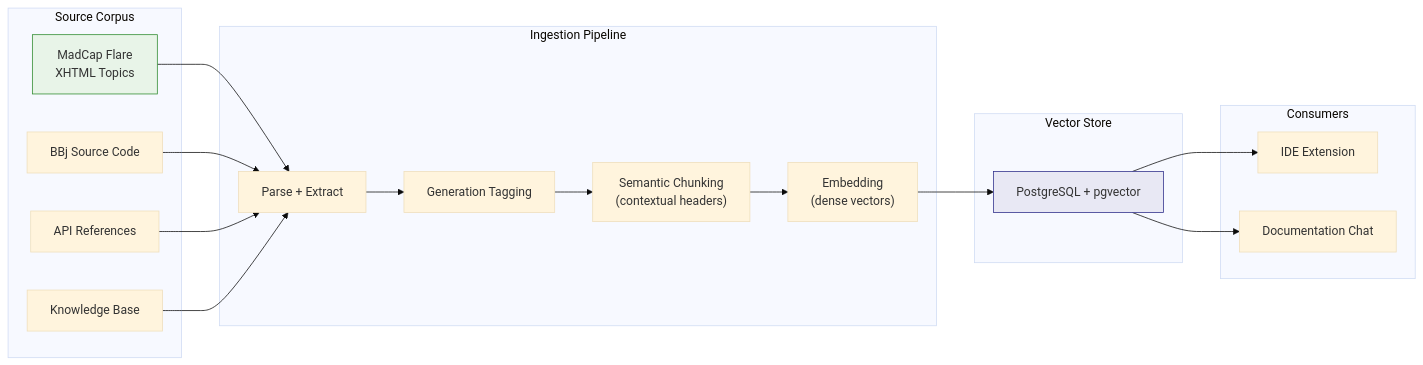
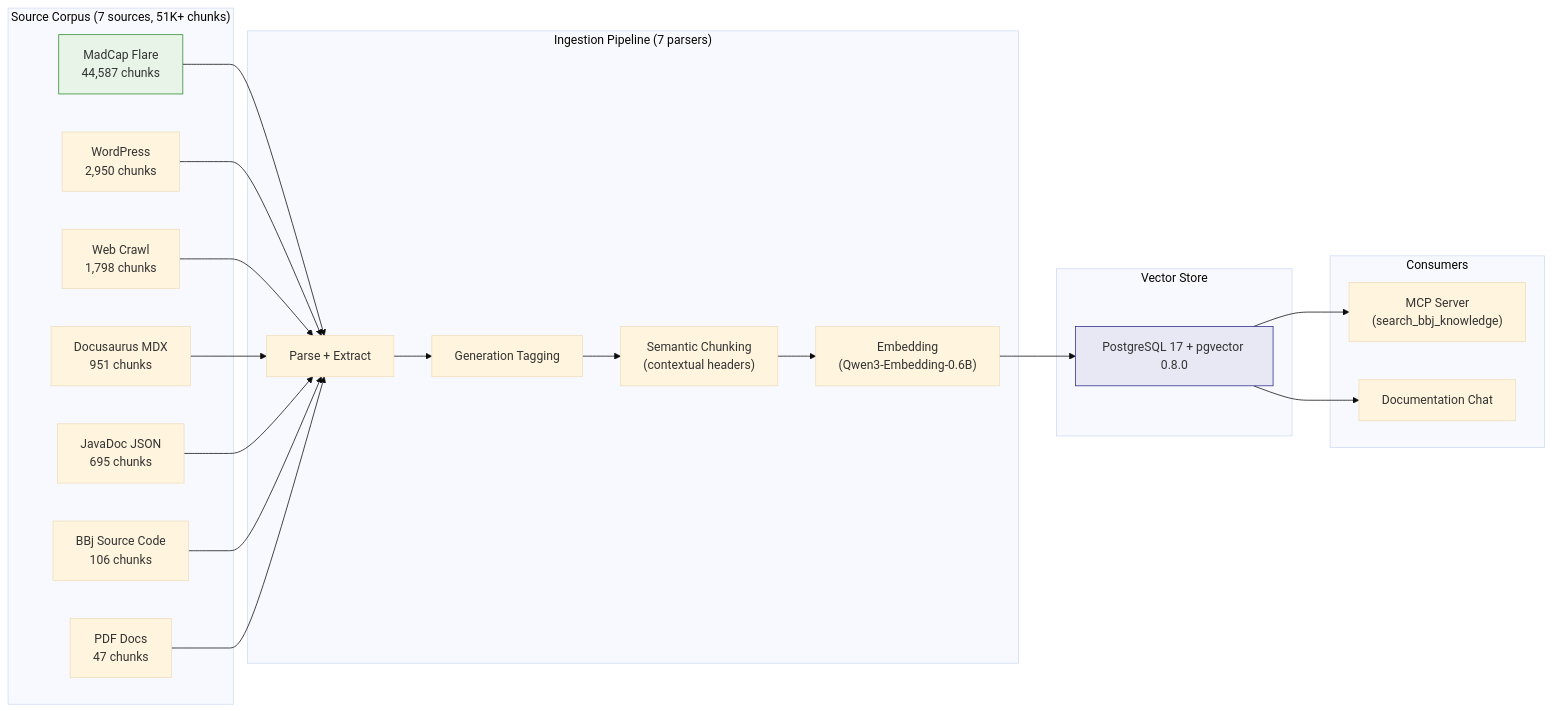
One commit to StephanWald/bbj-ai-strategy changed the diagram in docs/06-rag-database/index.md. Above: the diagram before and after it, drawn with Mermaid (base theme). The commit also changed other lines of this file, not shown here.

First line of the commit message:
feat(32-02): update Chapter 6 status block, corpus table, decision callouts, and tone

````diff
--- a/docs/06-rag-database/index.md
+++ b/docs/06-rag-database/index.md
@@ -32,39 +37,45 @@
 ```mermaid
 graph LR
-    subgraph "Source Corpus"
-        FLARE["MadCap Flare<br/>XHTML Topics"]
-        CODE["BBj Source Code"]
-        API["API References"]
-        KB["Knowledge Base"]
+    subgraph "Source Corpus (7 sources, 51K+ chunks)"
+        FLARE["MadCap Flare<br/>44,587 chunks"]
+        WP["WordPress<br/>2,950 chunks"]
+        WEB["Web Crawl<br/>1,798 chunks"]
+        MDX["Docusaurus MDX<br/>951 chunks"]
+        JAVADOC["JavaDoc JSON<br/>695 chunks"]
+        CODE["BBj Source Code<br/>106 chunks"]
+        PDF["PDF Docs<br/>47 chunks"]
     end
 
-    subgraph "Ingestion Pipeline"
+    subgraph "Ingestion Pipeline (7 parsers)"
         PARSE["Parse + Extract"]
         TAG["Generation Tagging"]
         CHUNK["Semantic Chunking<br/>(contextual headers)"]
-        EMBED["Embedding<br/>(dense vectors)"]
+        EMBED["Embedding<br/>(Qwen3-Embedding-0.6B)"]
     end
 
     subgraph "Vector Store"
-        PG["PostgreSQL + pgvector"]
+        PG["PostgreSQL 17 + pgvector 0.8.0"]
     end
 
     subgraph "Consumers"
-        IDE["IDE Extension"]
+        MCP["MCP Server<br/>(search_bbj_knowledge)"]
         CHAT["Documentation Chat"]
     end
 
     FLARE --> PARSE
+    WP --> PARSE
+    WEB --> PARSE
+    MDX --> PARSE
+    JAVADOC --> PARSE
     CODE --> PARSE
-    API --> PARSE
-    KB --> PARSE
+    PDF --> PARSE
     PARSE --> TAG
     TAG --> CHUNK
     CHUNK --> EMBED
     EMBED --> PG
-    PG --> IDE
+    PG --> MCP
     PG --> CHAT
 
     style FLARE fill:#e8f4e8,stroke:#2d8a2d
     style PG fill:#e8e8f4,stroke:#2d2d8a
 ```
````
